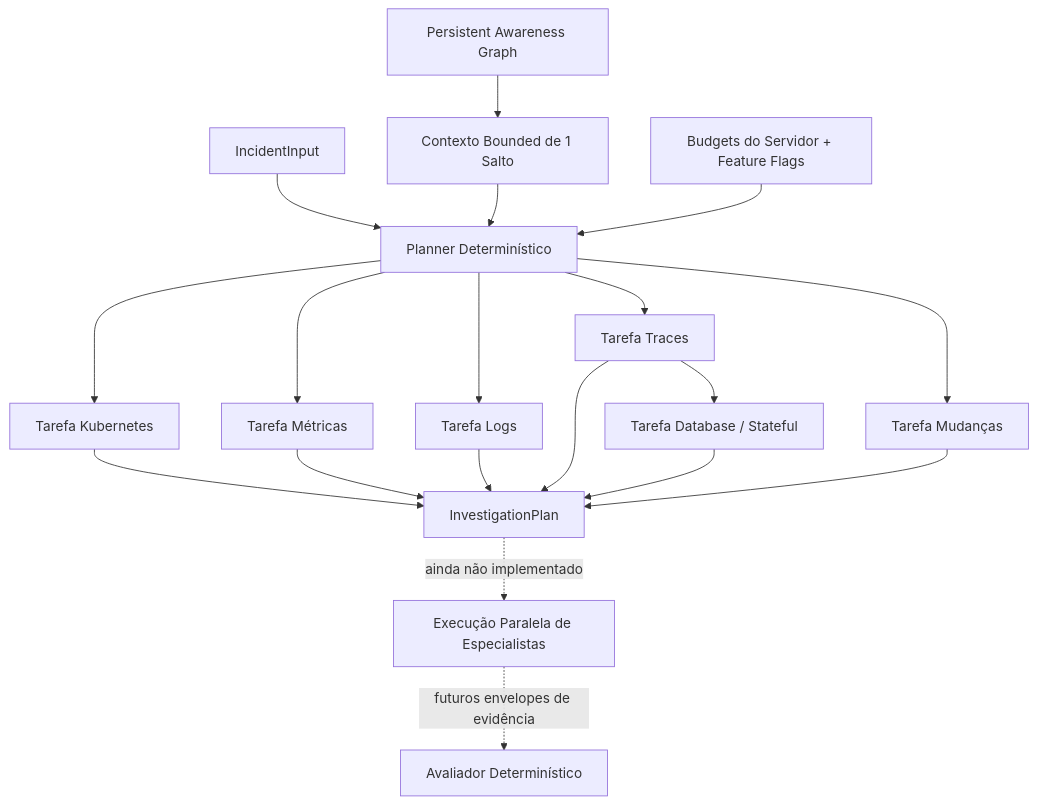
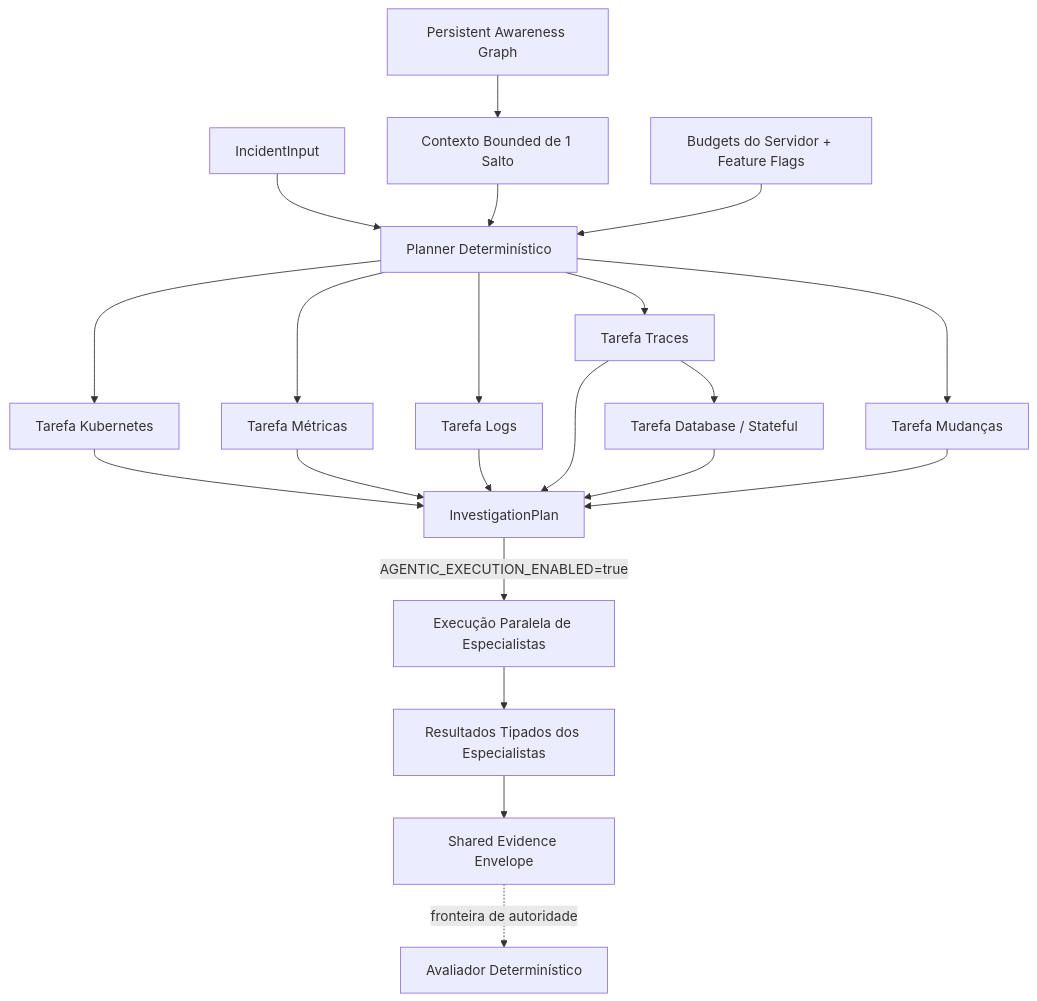
Before and after one commit to marcocristofolini/ai-sre-rca: diagram 18 of 18 in docs/architecture.pt-BR.md, drawn with Mermaid. The commit also changed other lines of this file and 19 other files, not shown here.

````diff
--- a/docs/architecture.pt-BR.md
+++ b/docs/architecture.pt-BR.md
@@ -422,24 +422,26 @@
 ```mermaid
 flowchart TD
     INC[IncidentInput] --> PLAN[Planner Determinístico]
     PAG[Persistent Awareness Graph] --> CTX[Contexto Bounded de 1 Salto]
     CTX --> PLAN
     CFG[Budgets do Servidor + Feature Flags] --> PLAN
 
     PLAN --> K[Tarefa Kubernetes]
     PLAN --> M[Tarefa Métricas]
     PLAN --> L[Tarefa Logs]
     PLAN --> T[Tarefa Traces]
     T --> DB[Tarefa Database / Stateful]
     PLAN --> CH[Tarefa Mudanças]
 
     K --> IP[InvestigationPlan]
     M --> IP
     L --> IP
     T --> IP
     DB --> IP
     CH --> IP
 
-    IP -. ainda não implementado .-> ORCH[Execução Paralela de Especialistas]
-    ORCH -. futuros envelopes de evidência .-> EV[Avaliador Determinístico]
+    IP -->|AGENTIC_EXECUTION_ENABLED=true| ORCH[Execução Paralela de Especialistas]
+    ORCH --> SR[Resultados Tipados dos Especialistas]
+    SR --> ENV[Shared Evidence Envelope]
+    ENV -. fronteira de autoridade .-> EV[Avaliador Determinístico]
 ```
````
